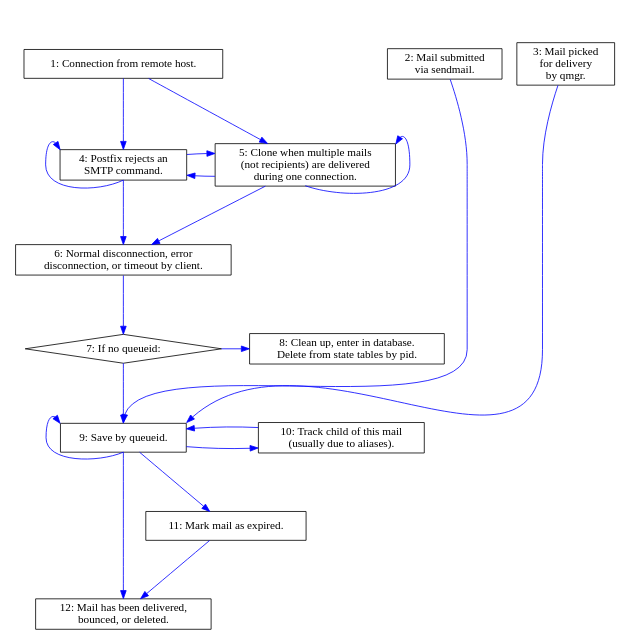
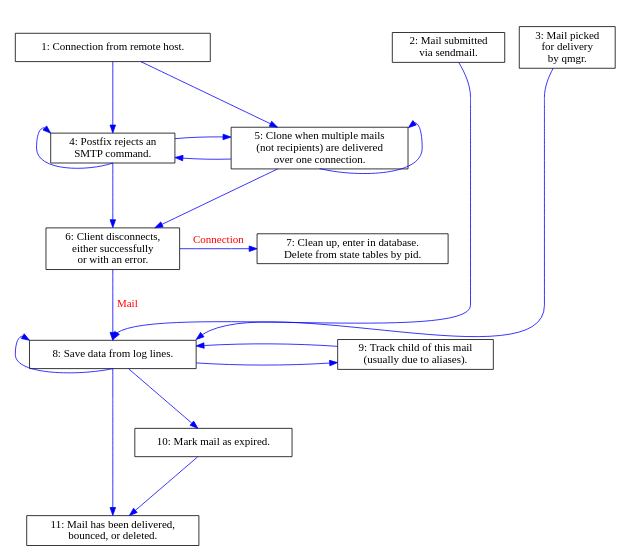
One commit to tobinjt/ASO changed the diagram in doc/logparser-flow-chart-part-1.dot. Above: the diagram before and after it, drawn with Graphviz. The commit also changed 3 other files, not shown here.

```diff
--- a/doc/logparser-flow-chart-part-1.dot
+++ b/doc/logparser-flow-chart-part-1.dot
@@ -1,110 +1,108 @@
 /* vim: set textwidth=160 : */
 /* $Id$ */
 
 digraph logparser {
     graph [
         /* This seems to be width, height - but they interact strangely, so 
          * I'm never sure.
          */
         size = "5.3, 8.4"
         margin = "0"
         center = true
     ]
     node [
         shape = box
     ]
     edge [
         color = blue
         fontcolor = red
         minlen = 2
     ]
 
     /* EDGES */
     /* Connect from client */
     connect                         -> { rejection } [weight = 5]
     rejection                       -> { rejection } [dir = back, headport = s, tailport = nw]
     rejection                       -> { disconnect } [weight = 5]
     connect                         -> { clone }
     clone                           -> { clone } [dir = back, headport = s, tailport = ne]
     clone                           -> { disconnect }
     clone                           -> { rejection }
     rejection                       -> { clone }
 
     /* Disconnect without queueid */
-    disconnect                      -> { if_no_queueid } [weight = 5]
-    if_no_queueid                   -> { fixup_enter_in_db_disconnect }
+    disconnect                      -> { fixup_enter_in_db_disconnect } [weight = 5, label = "Connection" ]
 
     /* Disconnect with queueid */
-    if_no_queueid                   -> { save_by_queueid } [weight = 5]
+    disconnect                      -> { save_by_queueid } [weight = 5, label = " Mail" ]
 
     /* Misc entry */
     pickup                          -> { save_by_queueid } [headport = n]
     qmgr_chooses_mail               -> { save_by_queueid } [headport = ne]
     /* Graph placement */
     connect                         -> { pickup } [style = invis, weight = 0]
     connect                         -> { qmgr_chooses_mail } [style = invis, weight = 0]
 
     /* Save results by queueid */
     save_by_queueid                 -> { track } [minlen = 5]
     track                           -> { save_by_queueid }
     save_by_queueid                 -> { save_by_queueid } [dir = back, headport = s, tailport = nw]
     save_by_queueid                 -> { commit } [weight = 10]
 
     /* Expired mails */
     save_by_queueid                 -> { expiry }
     expiry                          -> { commit } [weight = 0]
 
     /* NODE LABELS */
     rejection                       [label = "4: Postfix rejects an\nSMTP command."]
     connect                         [label = "1: Connection from remote host."]
-    clone                           [label = "5: Clone when multiple mails\n(not recipients) are delivered\nduring one connection."]
+    clone                           [label = "5: Clone when multiple mails\n(not recipients) are delivered\nover one connection."]
 
     /* Disconnect without queueid */
-    disconnect                      [label = "6: Normal disconnection, error\ndisconnection, or timeout by client."]
-    if_no_queueid                   [label = "7: If no queueid:", shape = diamond]
-    fixup_enter_in_db_disconnect    [label = "8: Clean up, enter in database.\nDelete from state tables by pid."]
+    disconnect                      [label = "6: Client disconnects,\neither successfully\nor with an error."]
+    fixup_enter_in_db_disconnect    [label = "7: Clean up, enter in database.\nDelete from state tables by pid."]
 
     /* Disconnect with queueid - already covered */
 
     /* Misc entry */
     pickup                          [label = "2: Mail submitted\nvia sendmail."]
     qmgr_chooses_mail               [label = "3: Mail picked \nfor delivery\nby qmgr."]
 
     /* Save results by queueid */
-    save_by_queueid                 [label = "9: Save by queueid."]
-    track                           [label = "10: Track child of this mail\n(usually due to aliases)."]
+    save_by_queueid                 [label = "8: Save data from log lines."]
+    track                           [label = "9: Track child of this mail\n(usually due to aliases)."]
 
     /* Expiry */
-    expiry                          [label = "11: Mark mail as expired."]
+    expiry                          [label = "10: Mark mail as expired."]
 
     /* Commit is complicated */
     /* Neither parent nor child. */
-    commit                          [label = "12: Mail has been delivered,\nbounced, or deleted."]
+    commit                          [label = "11: Mail has been delivered,\nbounced, or deleted."]
 
     /* SUB-GRAPHS */
     subgraph sources {
         rank = source
         pickup
         qmgr_chooses_mail
         connect
     }
 
     subgraph clone_or_save {
         rank = same
         clone
         rejection
     }
 
     subgraph disconnect_without_queueid {
         rank = same
-        if_no_queueid
+        disconnect
         fixup_enter_in_db_disconnect
     }
 
     subgraph save_or_track {
         rank = same
         track
         save_by_queueid
     }
 
 }
```
